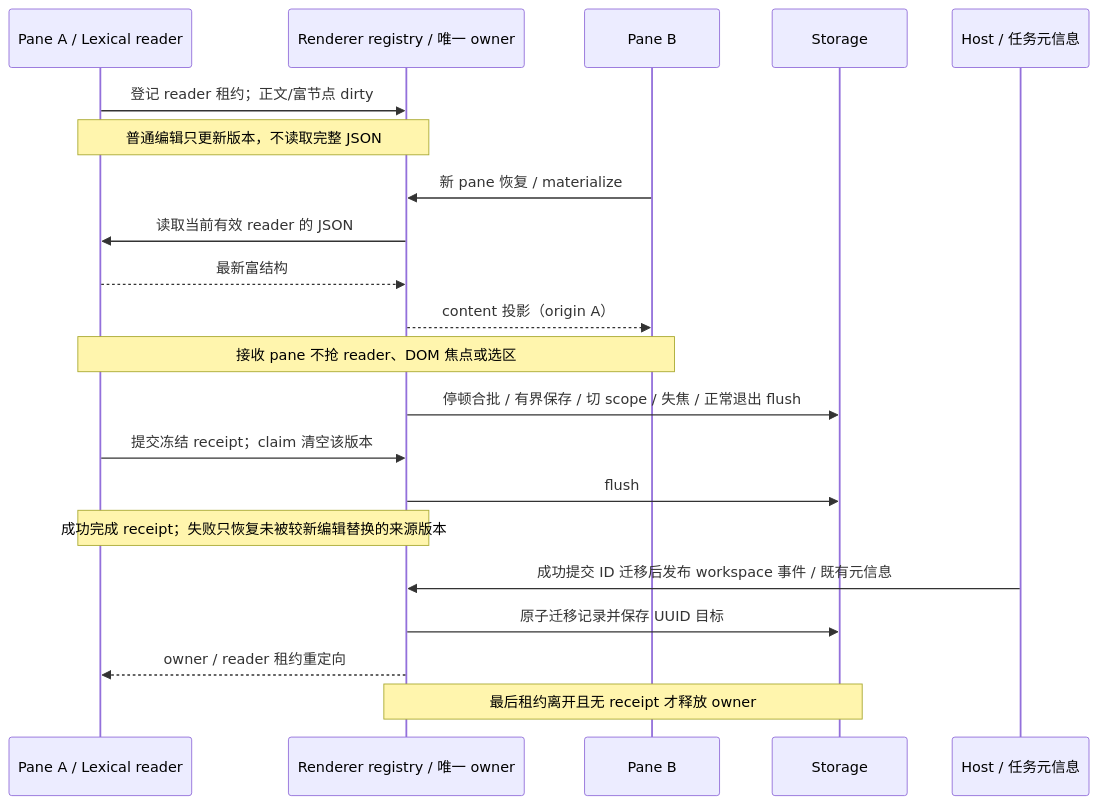
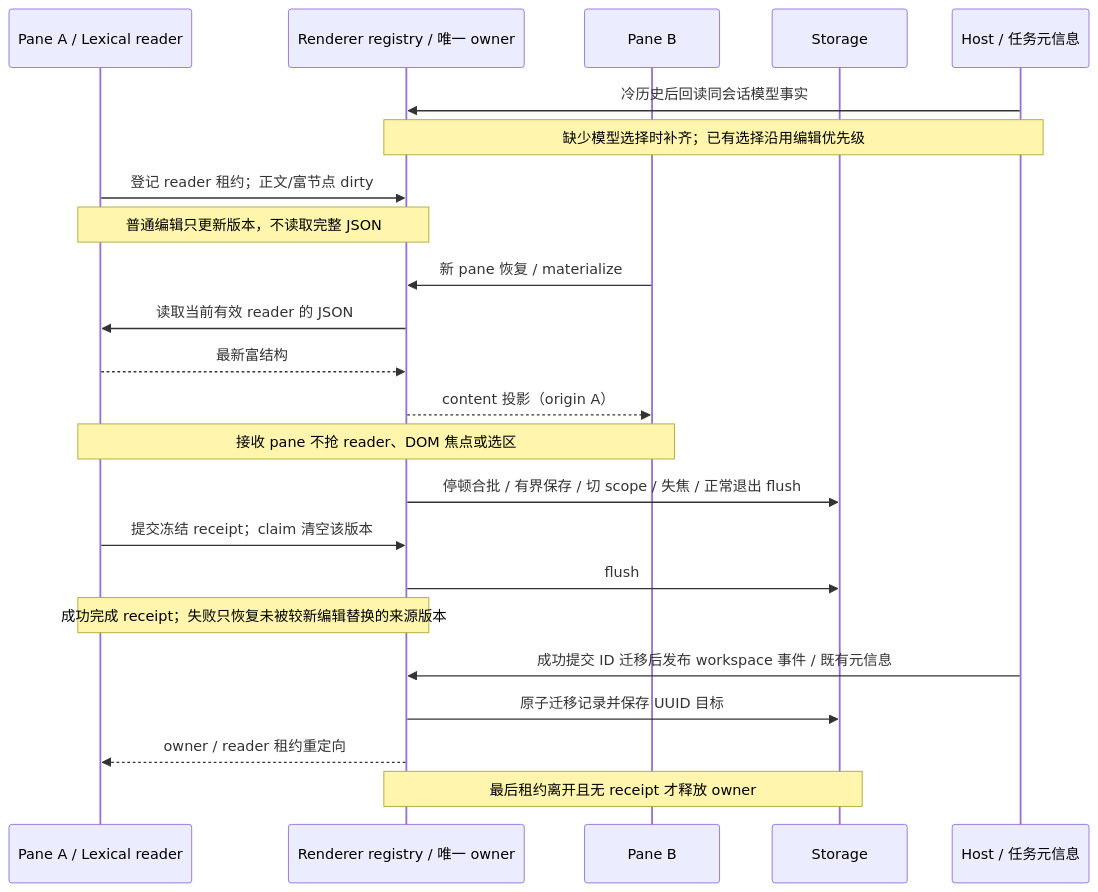
One commit to jchanghong023/OmpCode changed the first of 2 diagrams in docs/requirements/composer.md. Above: the diagram before and after it, drawn with Mermaid. The commit also changed other lines of this file and 5 other files, not shown here.

````diff
--- a/docs/requirements/composer.md
+++ b/docs/requirements/composer.md
@@ -33,23 +33,25 @@
 ```mermaid
 sequenceDiagram
   participant A as Pane A / Lexical reader
   participant O as Renderer registry / 唯一 owner
   participant B as Pane B
   participant S as Storage
   participant H as Host / 任务元信息
+  H->>O: 冷历史后回读同会话模型事实
+  Note over H,O: 缺少模型选择时补齐；已有选择沿用编辑优先级
   A->>O: 登记 reader 租约；正文/富节点 dirty
   Note over A,O: 普通编辑只更新版本，不读取完整 JSON
   B->>O: 新 pane 恢复 / materialize
   O->>A: 读取当前有效 reader 的 JSON
   A-->>O: 最新富结构
   O-->>B: content 投影（origin A）
   Note over A,B: 接收 pane 不抢 reader、DOM 焦点或选区
   O->>S: 停顿合批 / 有界保存 / 切 scope / 失焦 / 正常退出 flush
   A->>O: 提交冻结 receipt；claim 清空该版本
   O->>S: flush
   Note over A,O: 成功完成 receipt；失败只恢复未被较新编辑替换的来源版本
   H->>O: 成功提交 ID 迁移后发布 workspace 事件 / 既有元信息
   O->>S: 原子迁移记录并保存 UUID 目标
   O-->>A: owner / reader 租约重定向
   Note over O,S: 最后租约离开且无 receipt 才释放 owner
 ```
````
